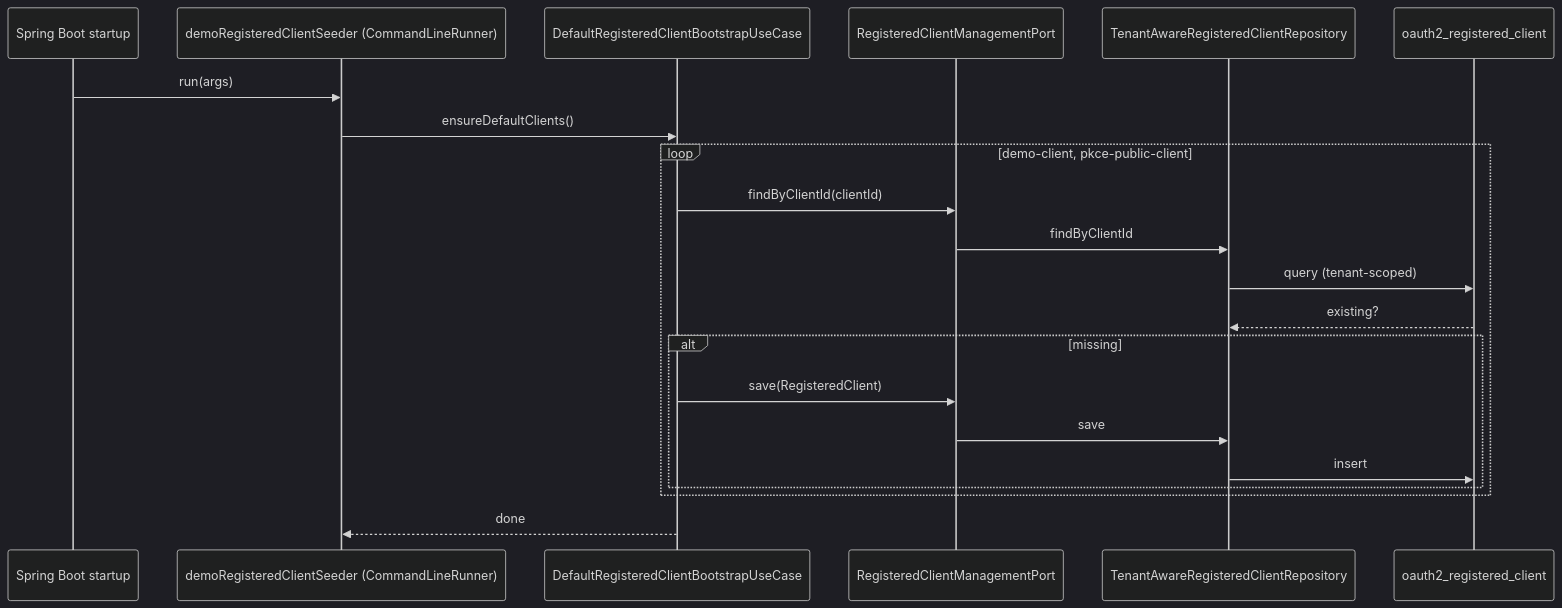
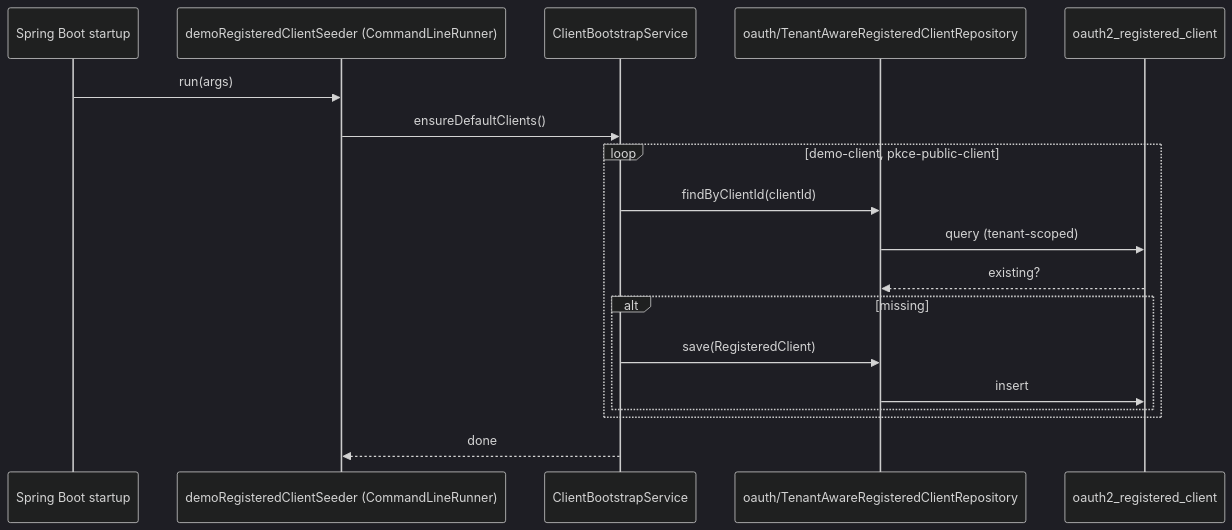
One commit to edmaputra/ed-auth changed the diagram in documentation/features/09-client-management.md. Above: the diagram before and after it, drawn with Mermaid (dark theme). The commit also changed other lines of this file and 15 other files, not shown here.

````diff
--- a/documentation/features/09-client-management.md
+++ b/documentation/features/09-client-management.md
@@ -56,24 +55,21 @@
 ```mermaid
 sequenceDiagram
     participant Boot as Spring Boot startup
     participant Runner as demoRegisteredClientSeeder (CommandLineRunner)
-    participant UC as DefaultRegisteredClientBootstrapUseCase
-    participant Mgmt as RegisteredClientManagementPort
-    participant Repo as TenantAwareRegisteredClientRepository
+    participant UC as ClientBootstrapService
+    participant Repo as oauth/TenantAwareRegisteredClientRepository
     participant DB as oauth2_registered_client
 
     Boot->>Runner: run(args)
     Runner->>UC: ensureDefaultClients()
     loop demo-client, pkce-public-client
-        UC->>Mgmt: findByClientId(clientId)
-        Mgmt->>Repo: findByClientId
+        UC->>Repo: findByClientId(clientId)
         Repo->>DB: query (tenant-scoped)
         DB-->>Repo: existing? 
         alt missing
-            UC->>Mgmt: save(RegisteredClient)
-            Mgmt->>Repo: save
+            UC->>Repo: save(RegisteredClient)
             Repo->>DB: insert
         end
     end
     UC-->>Runner: done
 ```
````
